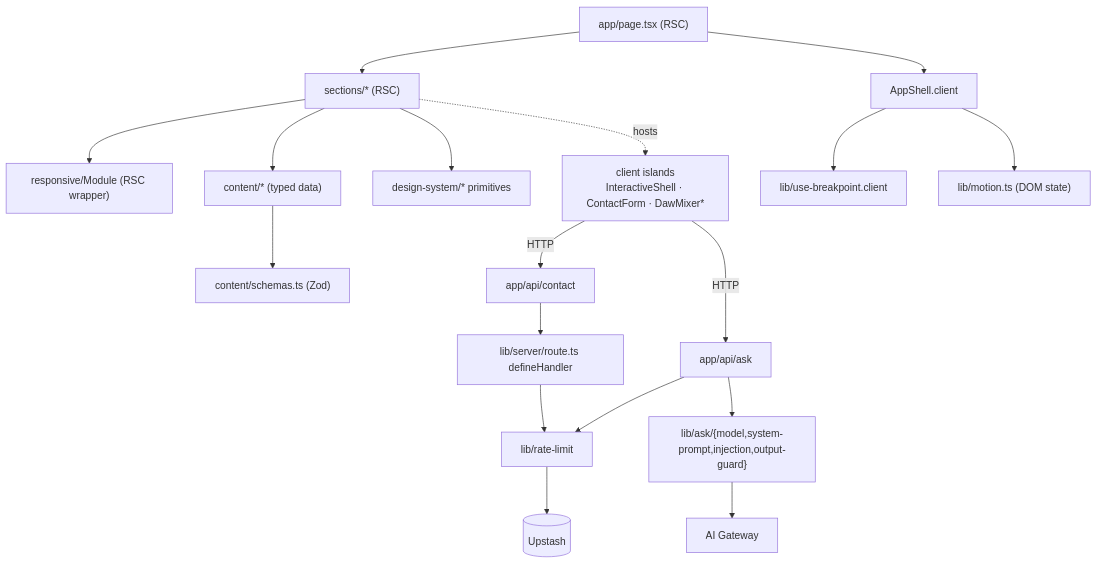
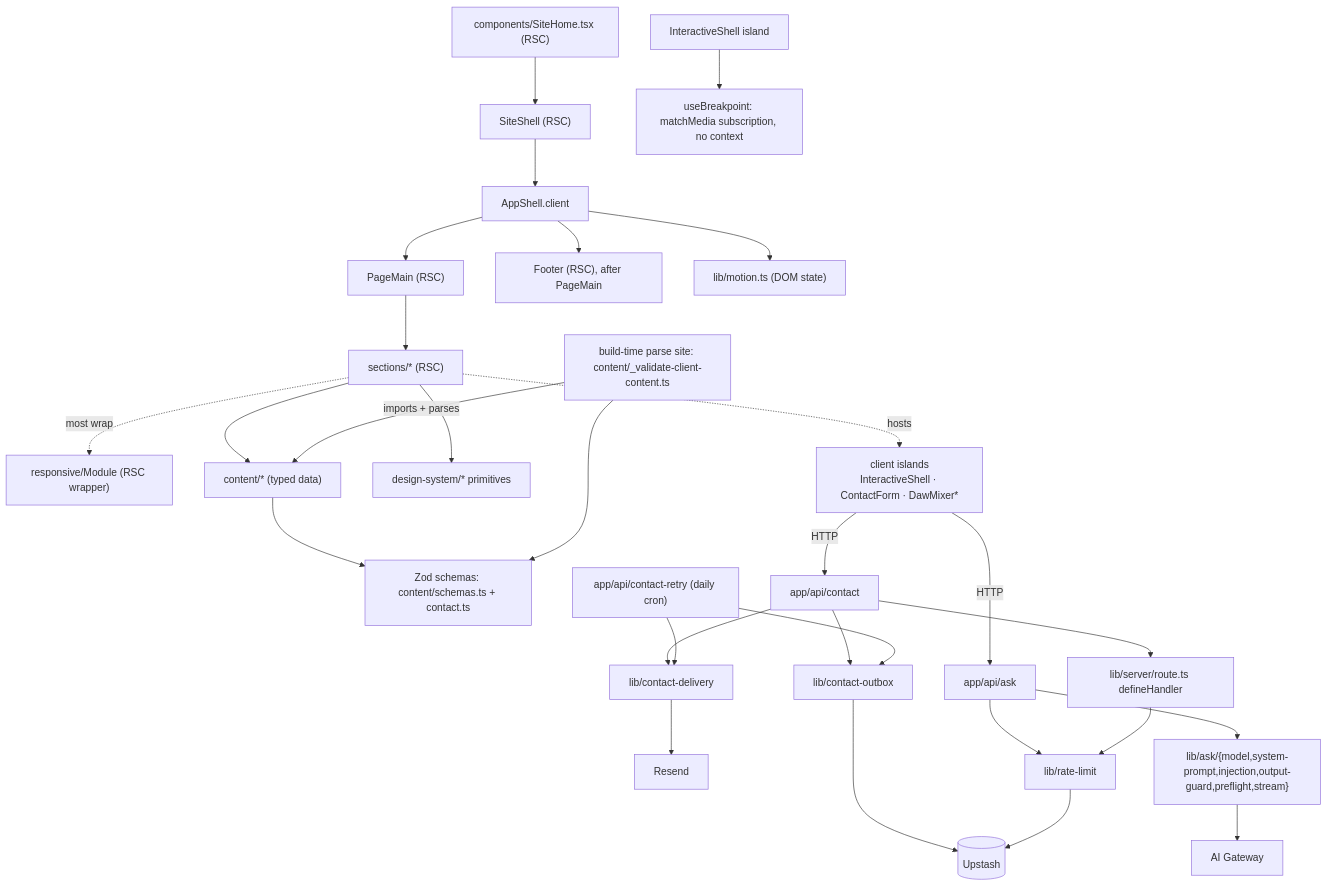
The third of 3 diagrams in docs/01-architecture.md (erikunha/portfolio), drawn with Mermaid before and after one commit. The commit also changed other lines of this file and 1307 other files, not shown here.

````diff
--- a/docs/01-architecture.md
+++ b/docs/01-architecture.md
@@ -93,20 +100,31 @@
 ```mermaid
 flowchart TD
-    page["app/page.tsx (RSC)"] --> shell["AppShell.client"]
-    page --> sectionN["sections/* (RSC)"]
-    sectionN --> module["responsive/Module (RSC wrapper)"]
+    page["components/SiteHome.tsx (RSC)"] --> siteshell["SiteShell (RSC)"]
+    siteshell --> shell["AppShell.client"]
+    shell --> main["PageMain (RSC)"]
+    main --> sectionN["sections/* (RSC)"]
+    shell --> footer["Footer (RSC), after PageMain"]
+    sectionN -. most wrap .-> module["responsive/Module (RSC wrapper)"]
     sectionN --> content["content/* (typed data)"]
     sectionN --> dsprim["design-system/* primitives"]
     sectionN -. hosts .-> island["client islands<br/>InteractiveShell · ContactForm · DawMixer*"]
-    content --> schemas["content/schemas.ts (Zod)"]
+    content --> schemas["Zod schemas: content/schemas.ts + contact.ts"]
+    gate["build-time parse site: content/_validate-client-content.ts"] -->|imports + parses| content
+    gate --> schemas
     island -->|HTTP| apiask["app/api/ask"]
     island -->|HTTP| apicontact["app/api/contact"]
     apicontact --> defh["lib/server/route.ts defineHandler"]
+    apicontact --> delivery["lib/contact-delivery"]
+    apicontact --> outbox["lib/contact-outbox"]
+    retry["app/api/contact-retry (daily cron)"] --> delivery
+    retry --> outbox
+    outbox --> redis
+    delivery --> resend["Resend"]
     apiask --> rl["lib/rate-limit"]
-    apiask --> askmod["lib/ask/{model,system-prompt,injection,output-guard}"]
+    apiask --> askmod["lib/ask/{model,system-prompt,injection,output-guard,preflight,stream}"]
     defh --> rl
     rl --> redis[("Upstash")]
     askmod --> gw["AI Gateway"]
-    shell --> bp["lib/use-breakpoint.client"]
+    shellisland["InteractiveShell island"] --> media["useBreakpoint: matchMedia subscription, no context"]
     shell --> motion["lib/motion.ts (DOM state)"]
 ```
````
